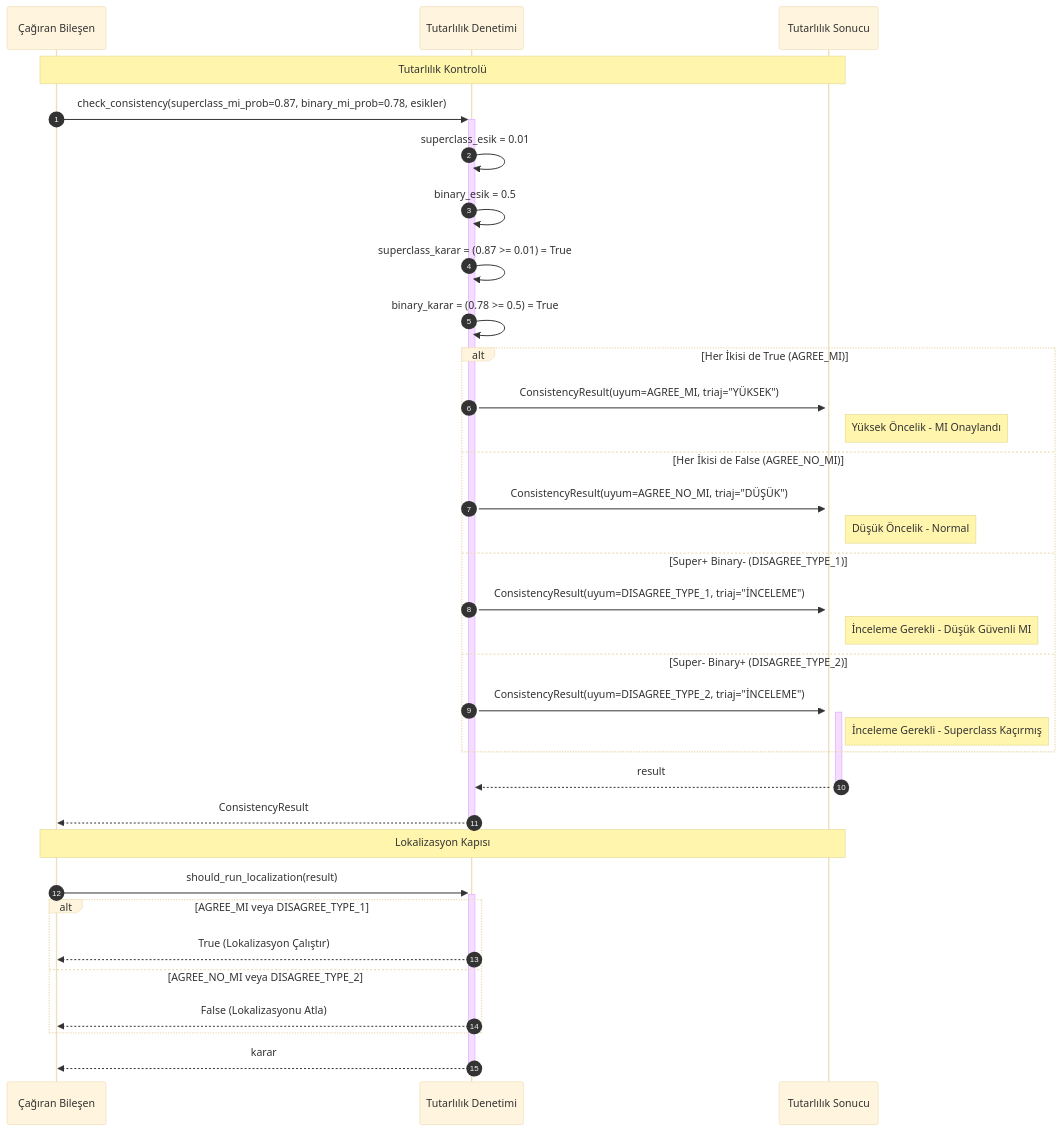
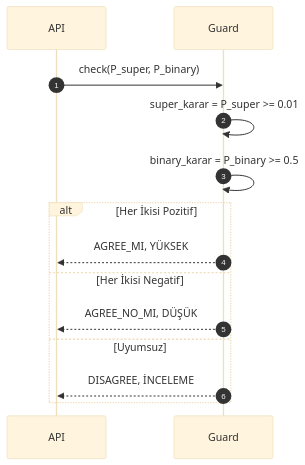
The third of 10 diagrams in docs/diagrams/06_sequence_diagram.md (mUsaulug/CardioGuard-AI), drawn with Mermaid (base theme) before and after one commit. The commit also changed other lines of this file and 3 other files, not shown here.

````diff
--- a/docs/diagrams/06_sequence_diagram.md
+++ b/docs/diagrams/06_sequence_diagram.md
@@ -232,46 +94,19 @@
 ```mermaid
 sequenceDiagram
     autonumber
+    participant API
+    participant Guard
     
-    participant Cagiran as Çağıran Bileşen
-    participant Guard as Tutarlılık Denetimi
-    participant Result as Tutarlılık Sonucu
+    API->>Guard: check(P_super, P_binary)
     
-    Note over Cagiran, Result: Tutarlılık Kontrolü
+    Guard->>Guard: super_karar = P_super >= 0.01
+    Guard->>Guard: binary_karar = P_binary >= 0.5
     
-    Cagiran->>+Guard: check_consistency(superclass_mi_prob=0.87, binary_mi_prob=0.78, esikler)
-    
-    Guard->>Guard: superclass_esik = 0.01
-    Guard->>Guard: binary_esik = 0.5
-    
-    Guard->>Guard: superclass_karar = (0.87 >= 0.01) = True
-    Guard->>Guard: binary_karar = (0.78 >= 0.5) = True
-    
-    alt Her İkisi de True (AGREE_MI)
-        Guard->>+Result: ConsistencyResult(uyum=AGREE_MI, triaj="YÜKSEK")
-        Note right of Result: Yüksek Öncelik - MI Onaylandı
-    else Her İkisi de False (AGREE_NO_MI)
-        Guard->>+Result: ConsistencyResult(uyum=AGREE_NO_MI, triaj="DÜŞÜK")
-        Note right of Result: Düşük Öncelik - Normal
-    else Super+ Binary- (DISAGREE_TYPE_1)
-        Guard->>+Result: ConsistencyResult(uyum=DISAGREE_TYPE_1, triaj="İNCELEME")
-        Note right of Result: İnceleme Gerekli - Düşük Güvenli MI
-    else Super- Binary+ (DISAGREE_TYPE_2)
-        Guard->>+Result: ConsistencyResult(uyum=DISAGREE_TYPE_2, triaj="İNCELEME")
-        Note right of Result: İnceleme Gerekli - Superclass Kaçırmış
+    alt Her İkisi Pozitif
+        Guard-->>API: AGREE_MI, YÜKSEK
+    else Her İkisi Negatif
+        Guard-->>API: AGREE_NO_MI, DÜŞÜK
+    else Uyumsuz
+        Guard-->>API: DISAGREE, İNCELEME
     end
-    
-    Result-->>-Guard: result
-    Guard-->>-Cagiran: ConsistencyResult
-    
-    Note over Cagiran, Result: Lokalizasyon Kapısı
-    
-    Cagiran->>+Guard: should_run_localization(result)
-    
-    alt AGREE_MI veya DISAGREE_TYPE_1
-        Guard-->>Cagiran: True (Lokalizasyon Çalıştır)
-    else AGREE_NO_MI veya DISAGREE_TYPE_2
-        Guard-->>Cagiran: False (Lokalizasyonu Atla)
-    end
-    Guard-->>-Cagiran: karar
 ```
````
